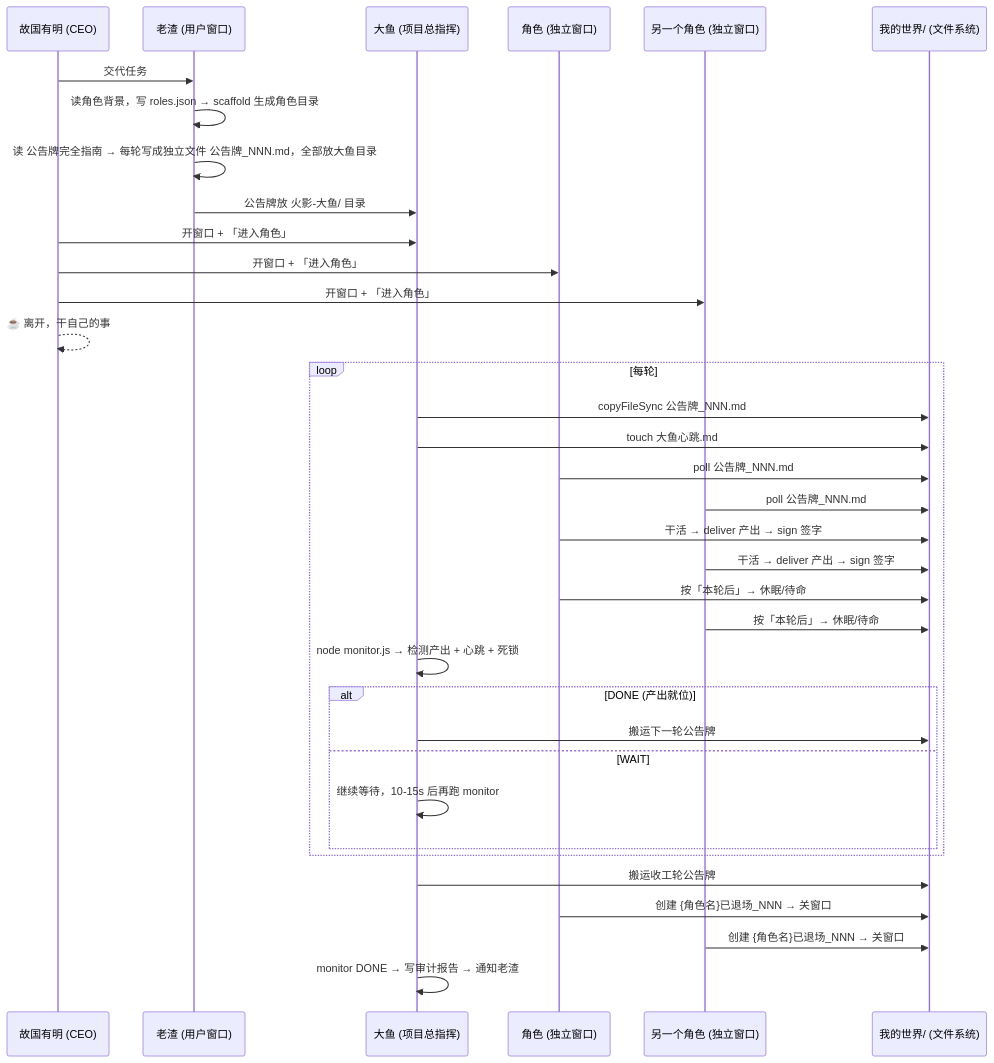
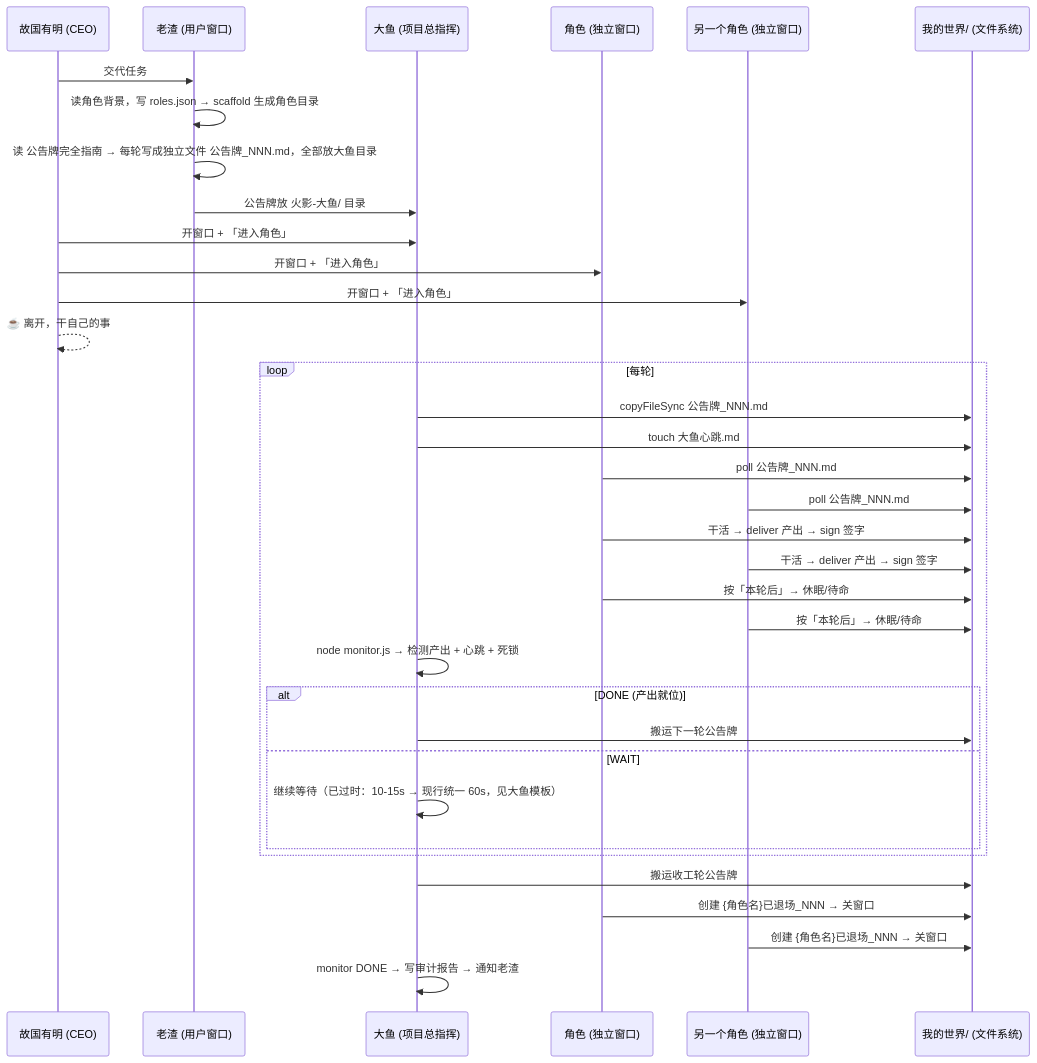
One commit to whereismymindM/Codex-Ninja changed the first of 11 diagrams in 设计文档/初代-codex-ninja.md. Above: the diagram before and after it, drawn with Mermaid. The commit also changed other lines of this file and 17 other files, not shown here.

````diff
--- a/设计文档/初代-codex-ninja.md
+++ b/设计文档/初代-codex-ninja.md
@@ -29,40 +29,40 @@
 ```mermaid
 sequenceDiagram
     participant 故国有明 as 故国有明 (CEO)
     participant 老渣 as 老渣 (用户窗口)
     participant 大鱼 as 大鱼 (项目总指挥)
     participant 角色A as 角色 (独立窗口)
     participant 角色B as 另一个角色 (独立窗口)
     participant 我的世界 as 我的世界/ (文件系统)
 
     故国有明->>老渣: 交代任务
     老渣->>老渣: 读角色背景，写 roles.json → scaffold 生成角色目录
     老渣->>老渣: 读 公告牌完全指南 → 每轮写成独立文件 公告牌_NNN.md，全部放大鱼目录
     老渣->>大鱼: 公告牌放 火影-大鱼/ 目录
     故国有明->>大鱼: 开窗口 + 「进入角色」
     故国有明->>角色A: 开窗口 + 「进入角色」
     故国有明->>角色B: 开窗口 + 「进入角色」
     故国有明-->>故国有明: ☕ 离开，干自己的事
 
     loop 每轮
         大鱼->>我的世界: copyFileSync 公告牌_NNN.md
         大鱼->>我的世界: touch 大鱼心跳.md
         角色A->>我的世界: poll 公告牌_NNN.md
         角色B->>我的世界: poll 公告牌_NNN.md
         角色A->>我的世界: 干活 → deliver 产出 → sign 签字
         角色B->>我的世界: 干活 → deliver 产出 → sign 签字
         角色A->>我的世界: 按「本轮后」→ 休眠/待命
         角色B->>我的世界: 按「本轮后」→ 休眠/待命
         大鱼->>大鱼: node monitor.js → 检测产出 + 心跳 + 死锁
         alt DONE (产出就位)
             大鱼->>我的世界: 搬运下一轮公告牌
         else WAIT
-            大鱼->>大鱼: 继续等待，10-15s 后再跑 monitor
+            大鱼->>大鱼: 继续等待（已过时：10-15s → 现行统一 60s，见大鱼模板）
         end
     end
 
     大鱼->>我的世界: 搬运收工轮公告牌
     角色A->>我的世界: 创建 {角色名}已退场_NNN → 关窗口
     角色B->>我的世界: 创建 {角色名}已退场_NNN → 关窗口
     大鱼->>大鱼: monitor DONE → 写审计报告 → 通知老渣
 ```
````
